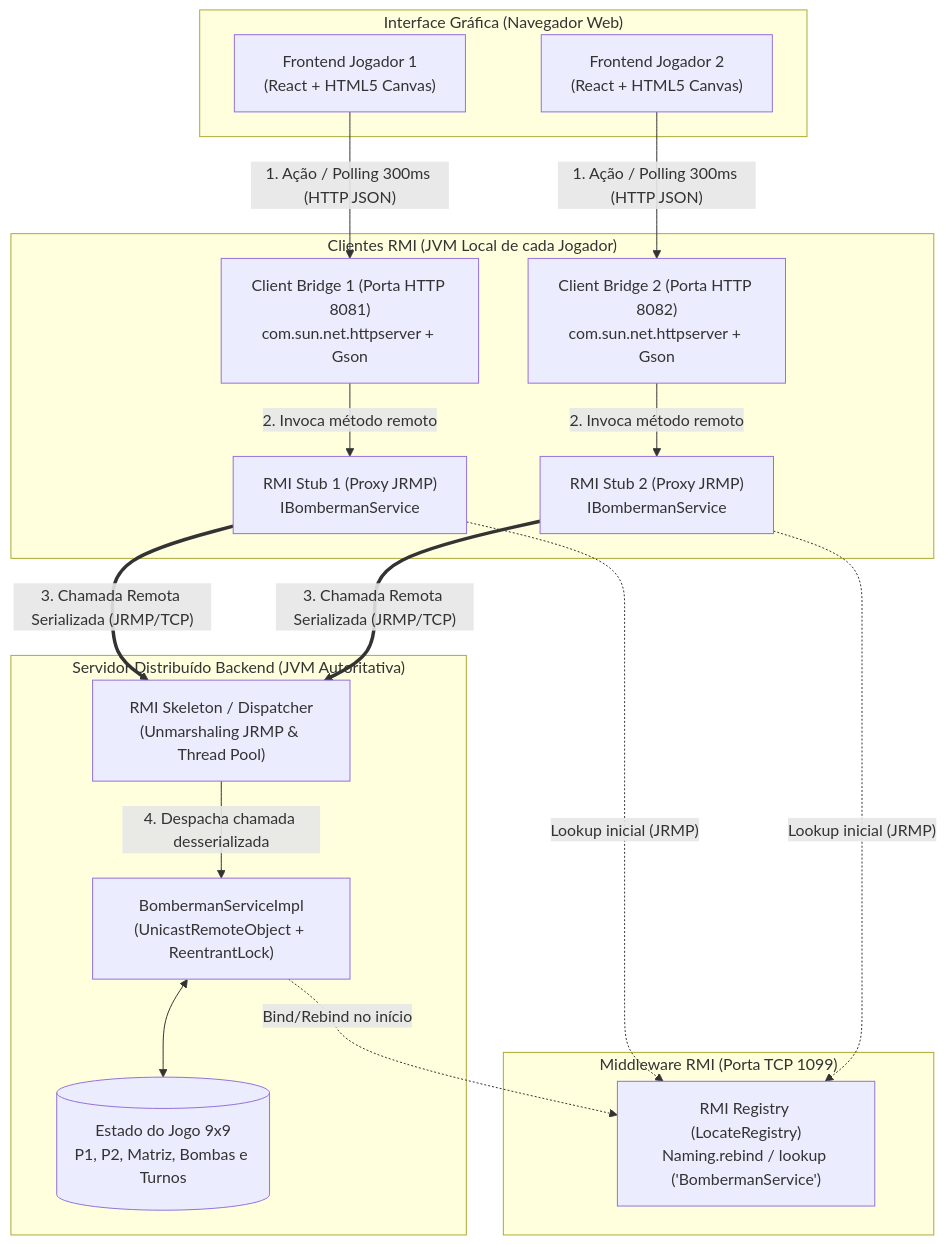
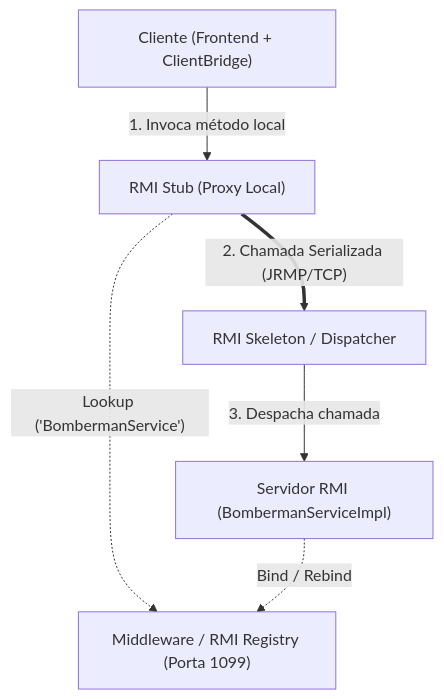
One commit to emn-f/bomberman-sd changed the first of 3 diagrams in docs/RELATORIO_TECNICO.md. Above: the diagram before and after it, drawn with Mermaid. The commit also changed other lines of this file and 3 other files, not shown here.

````diff
--- a/docs/RELATORIO_TECNICO.md
+++ b/docs/RELATORIO_TECNICO.md
@@ -40,39 +42,14 @@
 ```mermaid
-graph TD
-    subgraph CamadaVisual ["Interface Gráfica (Navegador Web)"]
-        UI1["Frontend Jogador 1<br/>(React + HTML5 Canvas)"]
-        UI2["Frontend Jogador 2<br/>(React + HTML5 Canvas)"]
-    end
+flowchart TD
+    Cliente["Cliente (Frontend + ClientBridge)"]
+    Stub["RMI Stub (Proxy Local)"]
+    Registry["Middleware / RMI Registry (Porta 1099)"]
+    Skeleton["RMI Skeleton / Dispatcher"]
+    Servidor["Servidor RMI (BombermanServiceImpl)"]
 
-    subgraph CamadaClienteRMI ["Clientes RMI (JVM Local de cada Jogador)"]
-        Bridge1["Client Bridge 1 (Porta HTTP 8081)<br/>com.sun.net.httpserver + Gson"]
-        Stub1["RMI Stub 1 (Proxy JRMP)<br/>IBombermanService"]
-
-        Bridge2["Client Bridge 2 (Porta HTTP 8082)<br/>com.sun.net.httpserver + Gson"]
-        Stub2["RMI Stub 2 (Proxy JRMP)<br/>IBombermanService"]
-    end
-
-    subgraph CamadaMiddleware ["Middleware RMI (Porta TCP 1099)"]
-        Registry["RMI Registry (LocateRegistry)<br/>Naming.rebind / lookup ('BombermanService')"]
-    end
-
-    subgraph CamadaServidorRMI ["Servidor Distribuído Backend (JVM Autoritativa)"]
-        Skeleton["RMI Skeleton / Dispatcher<br/>(Unmarshaling JRMP & Thread Pool)"]
-        ServiceImpl["BombermanServiceImpl<br/>(UnicastRemoteObject + ReentrantLock)"]
-        GameState[("Estado do Jogo 9x9<br/>P1, P2, Matriz, Bombas e Turnos")]
-    end
-
-    UI1 -- "1. Ação / Polling 300ms (HTTP JSON)" --> Bridge1
-    Bridge1 -- "2. Invoca método remoto" --> Stub1
-    Stub1 -. "Lookup inicial (JRMP)" .-> Registry
-    Stub1 == "3. Chamada Remota Serializada (JRMP/TCP)" ==> Skeleton
-
-    UI2 -- "1. Ação / Polling 300ms (HTTP JSON)" --> Bridge2
-    Bridge2 -- "2. Invoca método remoto" --> Stub2
-    Stub2 -. "Lookup inicial (JRMP)" .-> Registry
-    Stub2 == "3. Chamada Remota Serializada (JRMP/TCP)" ==> Skeleton
-
-    ServiceImpl -. "Bind/Rebind no início" .-> Registry
-    Skeleton -- "4. Despacha chamada desserializada" --> ServiceImpl
-    ServiceImpl <--> GameState
+    Cliente -- "1. Invoca método local" --> Stub
+    Stub -. "Lookup ('BombermanService')" .-> Registry
+    Servidor -. "Bind / Rebind" .-> Registry
+    Stub == "2. Chamada Serializada (JRMP/TCP)" ==> Skeleton
+    Skeleton -- "3. Despacha chamada" --> Servidor
 ```
````
